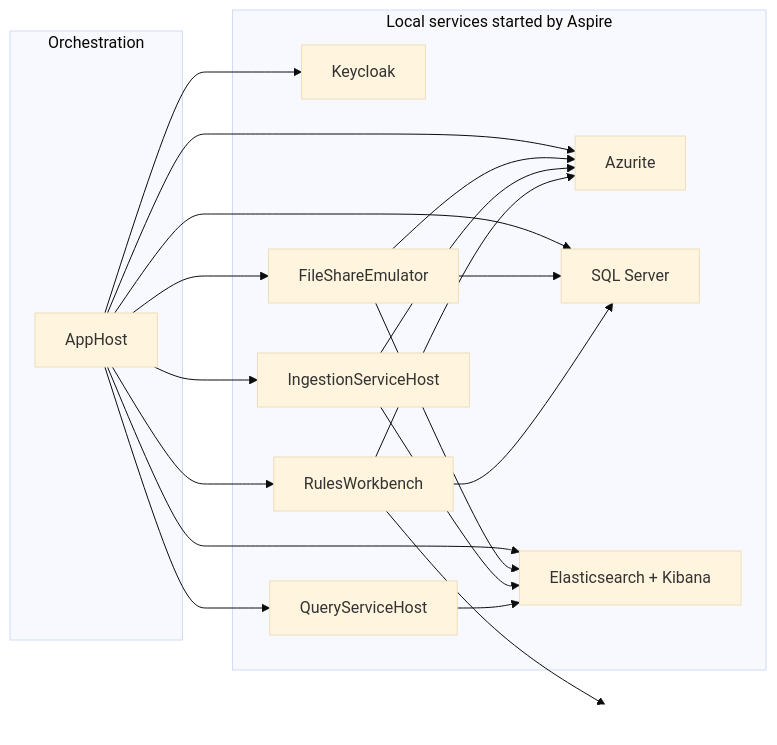
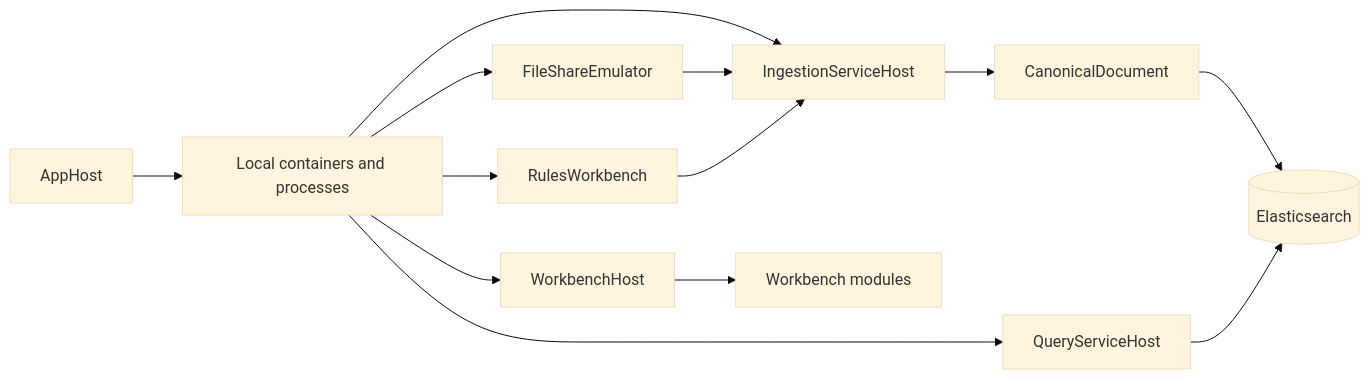
Before and after one commit to UKHO/UKHO.ADDS.Search: the second of 2 diagrams in wiki/Solution-Architecture.md, drawn with Mermaid (base theme). The commit also changed other lines of this file and 2892 other files, not shown here.

````diff
--- a/wiki/Solution-Architecture.md
+++ b/wiki/Solution-Architecture.md
@@ -128,39 +136,16 @@
 ```mermaid
 flowchart LR
-    subgraph Orchestration
-        AH[AppHost]
-    end
+    AppHost[AppHost] --> LocalServices[Local containers and processes]
+    LocalServices --> IngestionHost[IngestionServiceHost]
+    LocalServices --> QueryHost[QueryServiceHost]
+    LocalServices --> WorkbenchHost[WorkbenchHost]
+    LocalServices --> RulesWorkbench[RulesWorkbench]
+    LocalServices --> Emulator[FileShareEmulator]
 
-    subgraph LocalServices[Local services started by Aspire]
-        AZ[Azurite]
-        SQL[SQL Server]
-        ES[Elasticsearch + Kibana]
-        KC[Keycloak]
-        ING[IngestionServiceHost]
-        QRY[QueryServiceHost]
-        FSE[FileShareEmulator]
-        RWB[RulesWorkbench]
-    end
-
-    AH --> AZ
-    AH --> SQL
-    AH --> ES
-    AH --> KC
-    AH --> ING
-    AH --> QRY
-    AH --> FSE
-    AH --> RWB
-
-    FSE --> SQL
-    FSE --> AZ
-    FSE --> ES
-    ING --> AZ
-    ING --> ES
-    QRY --> ES
-    RWB --> SQL
-    RWB --> AZ
-    RWB --> PAD[ ]
-
-    classDef hidden fill:#ffffff,stroke:#ffffff,color:#ffffff;
-    class PAD hidden;
+    Emulator --> IngestionHost
+    RulesWorkbench --> IngestionHost
+    IngestionHost --> Canonical[CanonicalDocument]
+    Canonical --> Elasticsearch[(Elasticsearch)]
+    QueryHost --> Elasticsearch
+    WorkbenchHost --> WorkbenchModules[Workbench modules]
 ```
````
